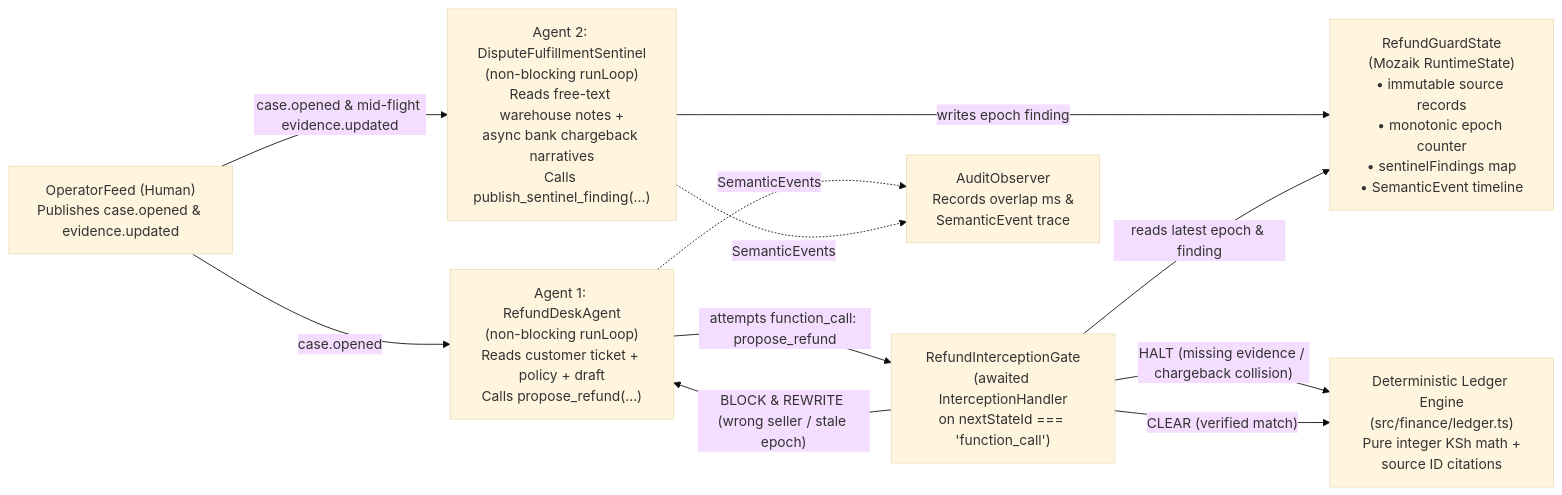
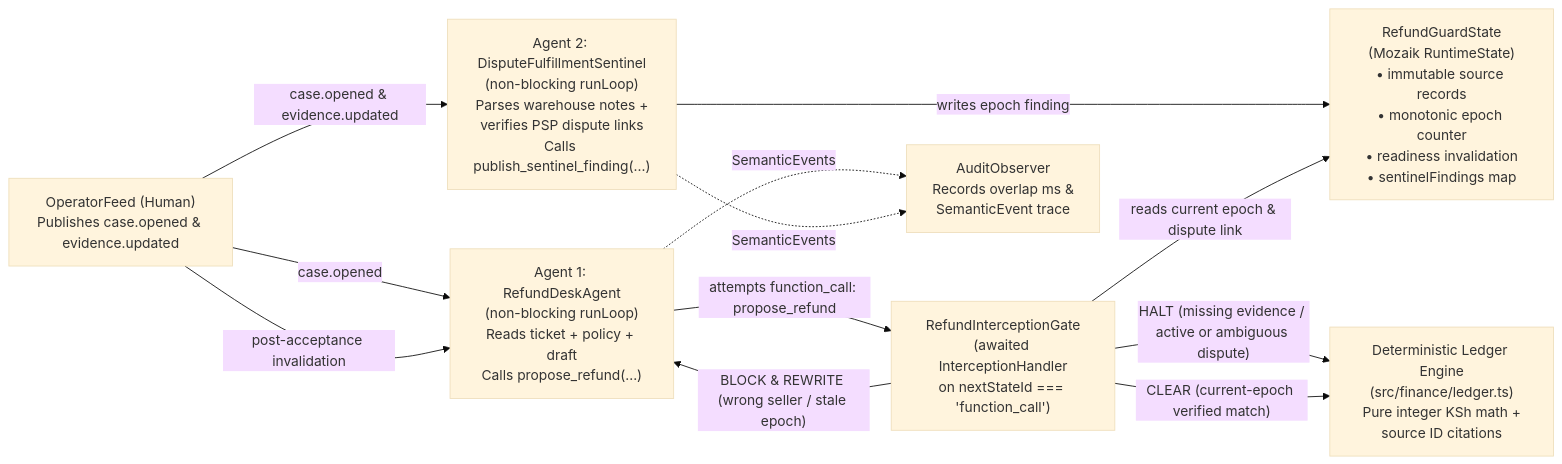
Before and after one commit to Grolds-Code/refund-guard: the diagram in README.md, drawn with Mermaid (base theme). The commit also changed other lines of this file and 19 other files, not shown here.

Commit message:
Fix post-acceptance readiness invalidation, dispute payment matching, fair snapshot baseline, and hold accounting

````diff
--- a/README.md
+++ b/README.md
@@ -24,21 +22,22 @@
 ```mermaid
 flowchart LR
   Op["OperatorFeed (Human)\nPublishes case.opened & evidence.updated"]
-  State["RefundGuardState\n(Mozaik RuntimeState)\n• immutable source records\n• monotonic epoch counter\n• sentinelFindings map\n• SemanticEvent timeline"]
-  A1["Agent 1: RefundDeskAgent\n(non-blocking runLoop)\nReads customer ticket + policy + draft\nCalls propose_refund(...)"]
-  A2["Agent 2: DisputeFulfillmentSentinel\n(non-blocking runLoop)\nReads free-text warehouse notes +\nasync bank chargeback narratives\nCalls publish_sentinel_finding(...)"]
+  State["RefundGuardState\n(Mozaik RuntimeState)\n• immutable source records\n• monotonic epoch counter\n• readiness invalidation\n• sentinelFindings map"]
+  A1["Agent 1: RefundDeskAgent\n(non-blocking runLoop)\nReads ticket + policy + draft\nCalls propose_refund(...)"]
+  A2["Agent 2: DisputeFulfillmentSentinel\n(non-blocking runLoop)\nParses warehouse notes +\nverifies PSP dispute links\nCalls publish_sentinel_finding(...)"]
   Gate["RefundInterceptionGate\n(awaited InterceptionHandler\non nextStateId === 'function_call')"]
   Calc["Deterministic Ledger Engine\n(src/finance/ledger.ts)\nPure integer KSh math +\nsource ID citations"]
   Obs["AuditObserver\nRecords overlap ms &\nSemanticEvent trace"]
 
   Op -- "case.opened" --> A1
-  Op -- "case.opened & mid-flight evidence.updated" --> A2
+  Op -- "case.opened & evidence.updated" --> A2
+  Op -- "post-acceptance invalidation" --> A1
   A2 -- "writes epoch finding" --> State
   A1 -- "attempts function_call: propose_refund" --> Gate
-  Gate -- "reads latest epoch & finding" --> State
+  Gate -- "reads current epoch & dispute link" --> State
   Gate -- "BLOCK & REWRITE (wrong seller / stale epoch)" --> A1
-  Gate -- "HALT (missing evidence / chargeback collision)" --> Calc
-  Gate -- "CLEAR (verified match)" --> Calc
+  Gate -- "HALT (missing evidence / active or ambiguous dispute)" --> Calc
+  Gate -- "CLEAR (current-epoch verified match)" --> Calc
   A1 -. "SemanticEvents" .-> Obs
   A2 -. "SemanticEvents" .-> Obs
 ```
````
